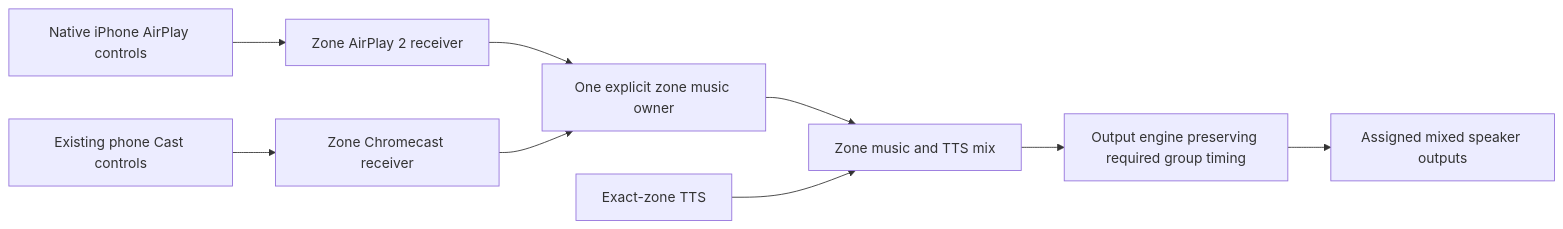
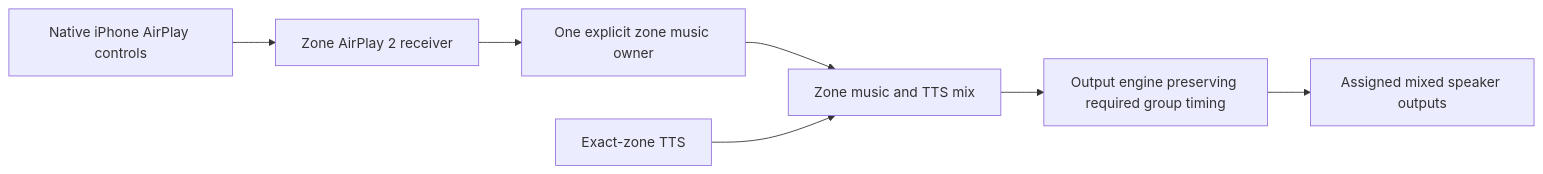
One commit to michelsedgh/Shiri changed the first of 2 diagrams in docs/ARCHITECTURE.md. Above: the diagram before and after it, drawn with Mermaid. The commit also changed other lines of this file and 364 other files, not shown here.

````diff
--- a/docs/ARCHITECTURE.md
+++ b/docs/ARCHITECTURE.md
@@ -23,11 +26,9 @@
 ```mermaid
 flowchart LR
     iPhone[Native iPhone AirPlay controls] --> AP[Zone AirPlay 2 receiver]
-    Phone[Existing phone Cast controls] --> CI[Zone Chromecast receiver]
     AP --> Owner[One explicit zone music owner]
-    CI --> Owner
     Owner --> Mix[Zone music and TTS mix]
     Nobly[Exact-zone TTS] --> Mix
     Mix --> Engine[Output engine preserving required group timing]
     Engine --> Speakers[Assigned mixed speaker outputs]
 ```
````
